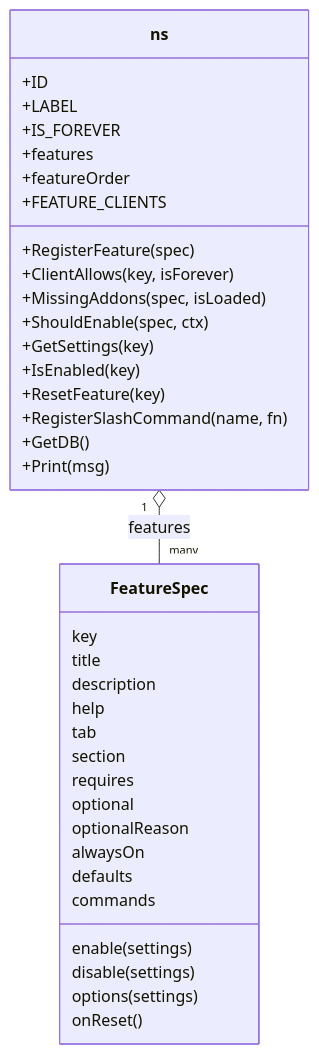
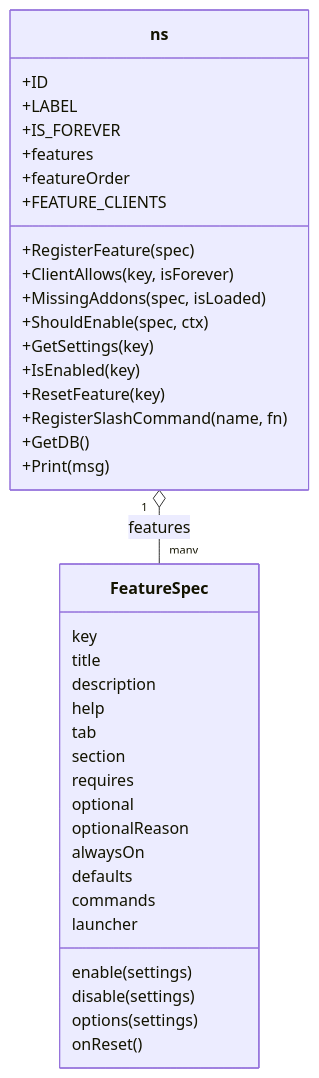
The diagram in docs/4. Deep Dive/Core.md (lkshrk/KlausisLittleHelpers), drawn with Mermaid before and after one commit. The commit also changed other lines of this file and 8 other files, not shown here.

````diff
--- a/docs/4. Deep Dive/Core.md
+++ b/docs/4. Deep Dive/Core.md
@@ -19,40 +19,41 @@
 ```mermaid
 classDiagram
     class ns {
         +ID
         +LABEL
         +IS_FOREVER
         +features
         +featureOrder
         +FEATURE_CLIENTS
         +RegisterFeature(spec)
         +ClientAllows(key, isForever)
         +MissingAddons(spec, isLoaded)
         +ShouldEnable(spec, ctx)
         +GetSettings(key)
         +IsEnabled(key)
         +ResetFeature(key)
         +RegisterSlashCommand(name, fn)
         +GetDB()
         +Print(msg)
     }
     class FeatureSpec {
         key
         title
         description
         help
         tab
         section
         requires
         optional
         optionalReason
         alwaysOn
         defaults
         commands
+        launcher
         enable(settings)
         disable(settings)
         options(settings)
         onReset()
     }
     ns "1" o-- "many" FeatureSpec : features
 ```
````
